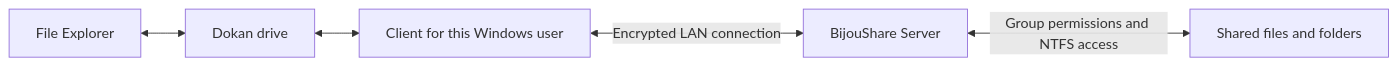
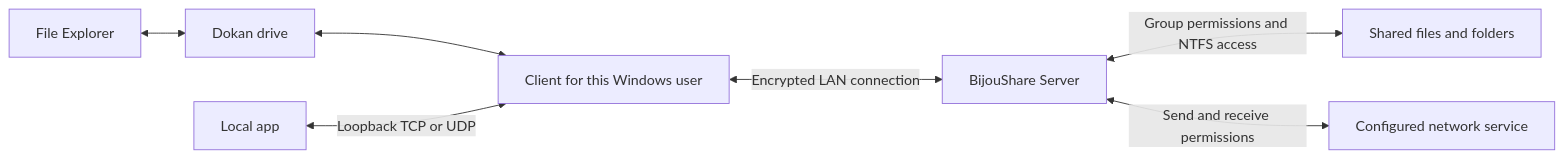
Before and after one commit to TizzyT566/BijouShare: the diagram in README.md, drawn with Mermaid. The commit also changed other lines of this file and 42 other files, not shown here.

First line of the commit message:
Add encrypted TCP and UDP network service shares

````diff
--- a/README.md
+++ b/README.md
@@ -79,7 +87,9 @@
 ```mermaid
 flowchart LR
     E["File Explorer"] <--> D["Dokan drive"]
     D <--> C["Client for this Windows user"]
+    A["Local app"] <-->|Loopback TCP or UDP| C
     C <-->|Encrypted LAN connection| S["BijouShare Server"]
     S <-->|Group permissions and NTFS access| F["Shared files and folders"]
+    S <-->|Send and receive permissions| N["Configured network service"]
 ```
````
